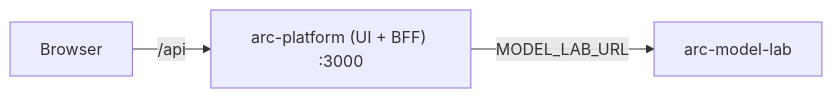
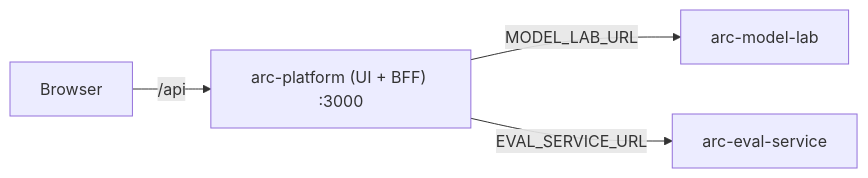
Before and after one commit to DimitarAtanassov/arc-platform: the diagram in docs/running-the-stack.md, drawn with Mermaid. The commit also changed other lines of this file and 82 other files, not shown here.

````diff
--- a/docs/running-the-stack.md
+++ b/docs/running-the-stack.md
@@ -13,5 +14,6 @@
 ```mermaid
 flowchart LR
     B["Browser"] -->|/api| APP["arc-platform (UI + BFF) :3000"]
     APP -->|MODEL_LAB_URL| ML["arc-model-lab"]
+    APP -->|EVAL_SERVICE_URL| EV["arc-eval-service"]
 ```
````
